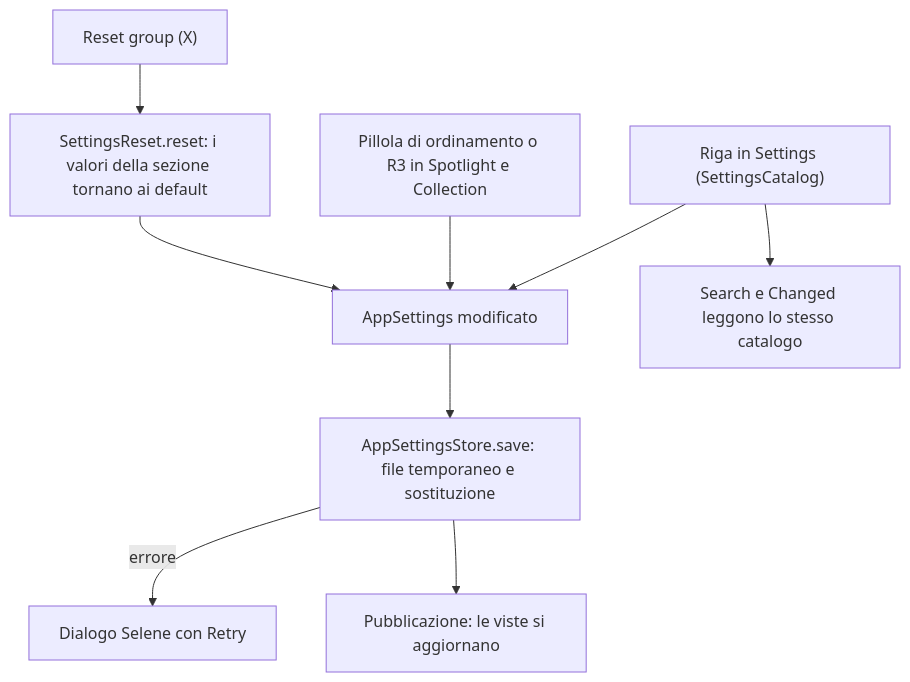
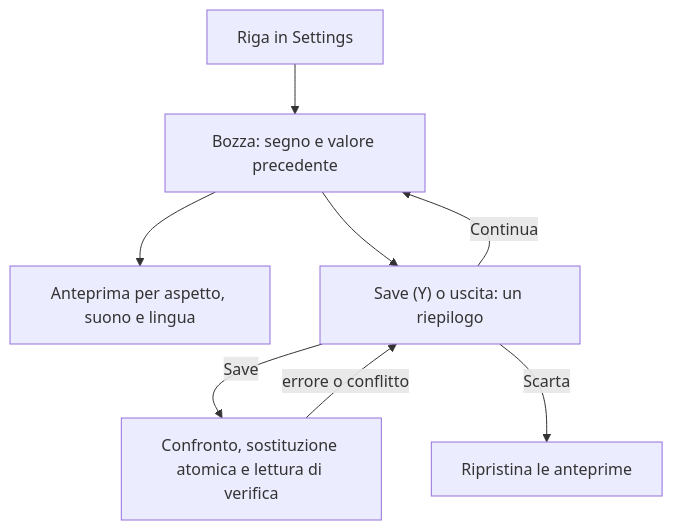
The eighth of 9 diagrams in docs/how-it-works/flows.md (sofianbll/oort-nx), drawn with Mermaid before and after one commit. The commit also changed other lines of this file and 52 other files, not shown here.

Commit message:
Review and apply one Settings draft in Selene

````diff
--- a/docs/how-it-works/flows.md
+++ b/docs/how-it-works/flows.md
@@ -311,11 +311,10 @@
 ```mermaid
 flowchart TD
-    A["Riga in Settings (SettingsCatalog)"] --> B["AppSettings modificato"]
-    H["Pillola di ordinamento o R3 in Spotlight e Collection"] --> B
-    B --> C["AppSettingsStore.save: file temporaneo e sostituzione"]
-    C -->|"errore"| X["Dialogo Selene con Retry"]
-    C --> D["Pubblicazione: le viste si aggiornano"]
-    A --> E["Search e Changed leggono lo stesso catalogo"]
-    F["Reset group (X)"] --> G["SettingsReset.reset: i valori della sezione tornano ai default"]
-    G --> B
+    A["Riga in Settings"] --> B["Bozza: segno e valore precedente"]
+    B --> P["Anteprima per aspetto, suono e lingua"]
+    B --> C["Save (Y) o uscita: un riepilogo"]
+    C -->|"Save"| D["Confronto, sostituzione atomica e lettura di verifica"]
+    D -->|"errore o conflitto"| C
+    C -->|"Scarta"| E["Ripristina le anteprime"]
+    C -->|"Continua"| B
 ```
````
